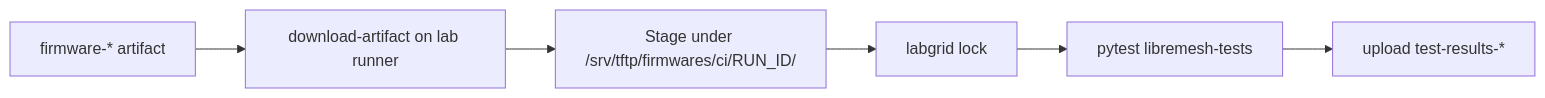
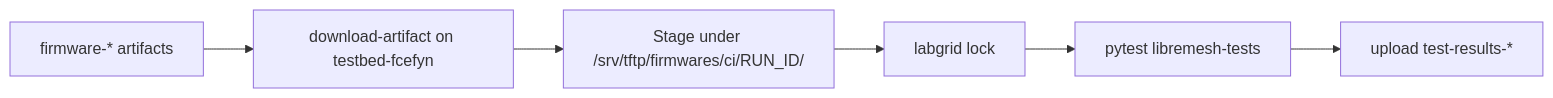
One commit to ccasanueva7/fcefyn_testbed_utils changed the first of 2 diagrams in docs/diseno/lime-packages-test-flow.md. Above: the diagram before and after it, drawn with Mermaid. The commit also changed other lines of this file and 5 other files, not shown here.

````diff
--- a/docs/diseno/lime-packages-test-flow.md
+++ b/docs/diseno/lime-packages-test-flow.md
@@ -29,10 +40,8 @@
 ```mermaid
 flowchart LR
-  A[firmware-* artifact]
-  B[download-artifact on lab runner]
-  C[Stage under /srv/tftp/firmwares/ci/RUN_ID/]
-  D[labgrid lock]
-  E[pytest libremesh-tests]
-  F[upload test-results-*]
-  A --> B --> C --> D --> E --> F
+  A[firmware-* artifacts] --> B[download-artifact on testbed-fcefyn]
+  B --> C[Stage under /srv/tftp/firmwares/ci/RUN_ID/]
+  C --> D[labgrid lock]
+  D --> E[pytest libremesh-tests]
+  E --> F[upload test-results-*]
 ```
````
